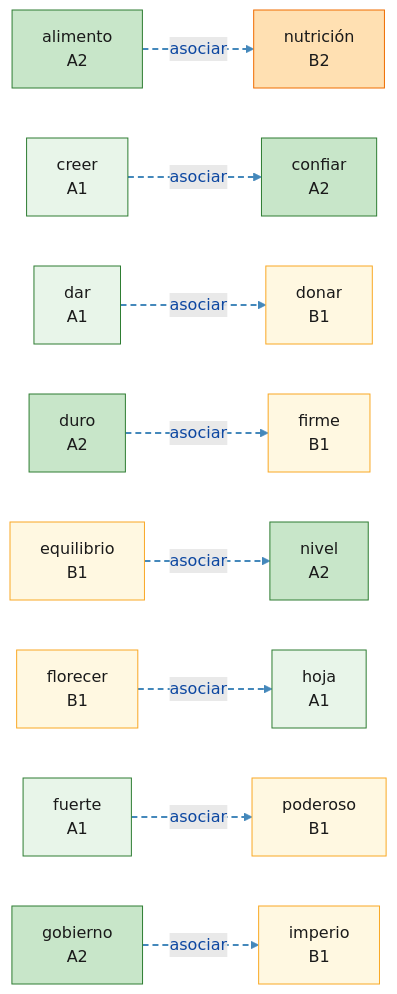
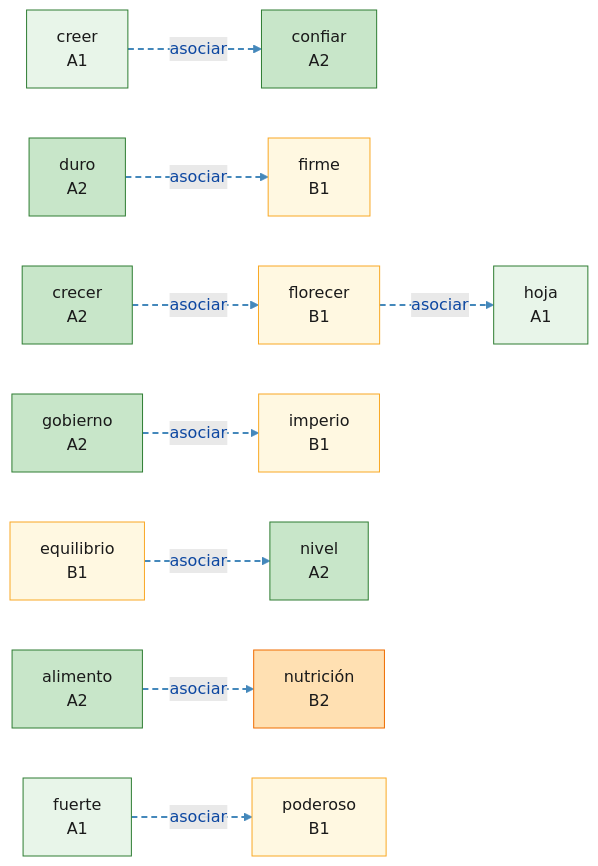
One commit to auding1900/es-raiz-vocab changed the diagram in mindmaps/asociar_a-l-3-4.md. Above: the diagram before and after it, drawn with Mermaid. The commit also changed other lines of this file and 27 other files, not shown here.

First line of the commit message:
feat(data): 新增 C2 词根导图：aequ,equ,par,sim,id,homo,heter

````diff
--- a/mindmaps/asociar_a-l-3-4.md
+++ b/mindmaps/asociar_a-l-3-4.md
@@ -8,59 +8,57 @@
 ```mermaid
 graph LR
   W_alimento["alimento<br/>A2"]:::lvlA2
   W_confiar["confiar<br/>A2"]:::lvlA2
+  W_crecer["crecer<br/>A2"]:::lvlA2
   W_creer["creer<br/>A1"]:::lvlA1
-  W_dar["dar<br/>A1"]:::lvlA1
-  W_donar["donar<br/>B1"]:::lvlB1
   W_duro["duro<br/>A2"]:::lvlA2
   W_equilibrio["equilibrio<br/>B1"]:::lvlB1
   W_firme["firme<br/>B1"]:::lvlB1
   W_florecer["florecer<br/>B1"]:::lvlB1
   W_fuerte["fuerte<br/>A1"]:::lvlA1
   W_gobierno["gobierno<br/>A2"]:::lvlA2
   W_hoja["hoja<br/>A1"]:::lvlA1
   W_imperio["imperio<br/>B1"]:::lvlB1
   W_nivel["nivel<br/>A2"]:::lvlA2
   W_nutricion["nutrición<br/>B2"]:::lvlB2
   W_poderoso["poderoso<br/>B1"]:::lvlB1
+  W_crecer -.->|asociar| W_florecer
   W_florecer -.->|asociar| W_hoja
   W_alimento -.->|asociar| W_nutricion
   W_fuerte -.->|asociar| W_poderoso
   W_duro -.->|asociar| W_firme
   W_creer -.->|asociar| W_confiar
   W_gobierno -.->|asociar| W_imperio
   W_equilibrio -.->|asociar| W_nivel
-  W_dar -.->|asociar| W_donar
   linkStyle 0 stroke:#4488bb,stroke-width:2px,stroke-dasharray:6 4
   linkStyle 1 stroke:#4488bb,stroke-width:2px,stroke-dasharray:6 4
   linkStyle 2 stroke:#4488bb,stroke-width:2px,stroke-dasharray:6 4
   linkStyle 3 stroke:#4488bb,stroke-width:2px,stroke-dasharray:6 4
   linkStyle 4 stroke:#4488bb,stroke-width:2px,stroke-dasharray:6 4
   linkStyle 5 stroke:#4488bb,stroke-width:2px,stroke-dasharray:6 4
   linkStyle 6 stroke:#4488bb,stroke-width:2px,stroke-dasharray:6 4
   linkStyle 7 stroke:#4488bb,stroke-width:2px,stroke-dasharray:6 4
   classDef root fill:#bbdefb,stroke:#1565c0,stroke-width:2px,color:#0d47a1
   classDef lvlA1 fill:#e8f5e9,stroke:#2e7d32,color:#1a1a1a
   classDef lvlA2 fill:#c8e6c9,stroke:#2e7d32,color:#1a1a1a
   classDef lvlB1 fill:#fff8e1,stroke:#f9a825,color:#1a1a1a
   classDef lvlB2 fill:#ffe0b2,stroke:#ef6c00,color:#1a1a1a
   classDef lvlC1 fill:#ffccbc,stroke:#d84315,color:#1a1a1a
   classDef lvlC2 fill:#ffcdd2,stroke:#b71c1c,color:#1a1a1a
   classDef lvlNA fill:#f5f5f5,stroke:#9e9e9e,color:#424242
   click W_alimento "https://www.doubao.com/chat?q=%E8%A5%BF%E7%8F%AD%E7%89%99%E8%AF%ADalimento%EF%BC%8C%E8%AF%8D%E6%A0%B9al%EF%BC%8C%E8%A7%A3%E9%87%8A%E8%AF%8D%E4%B9%89%E3%80%81DELE%E7%AD%89%E7%BA%A7%E3%80%81%E8%AF%AD%E4%BD%93%E3%80%81%E5%B8%B8%E7%94%A8%E6%90%AD%E9%85%8D%E3%80%81%E8%BF%91%E4%B9%89%E8%AF%8D%E8%BE%A8%E6%9E%90%EF%BC%8C%E5%B9%B6%E4%B8%94%E7%BB%992%E6%9D%A1%E6%9D%A5%E8%87%AA%E5%85%AC%E7%89%88%E8%A5%BF%E8%AF%AD%E6%96%87%E6%9C%AC%EF%BC%88Wikisource%2F%E5%8F%A4%E7%99%BB%E5%A0%A1%EF%BC%89%E7%9A%84%E8%87%AA%E7%84%B6%E4%BE%8B%E5%8F%A5%EF%BC%8C%E4%BE%8B%E5%8F%A5%E4%BC%98%E5%85%88%E9%80%89%E7%94%A8%E7%8E%B0%E4%BB%A3%E6%A0%87%E5%87%86%E8%A5%BF%E7%8F%AD%E7%89%99%E8%AF%AD%EF%BC%8C%E5%8F%A4%E4%BD%93%E4%BE%8B%E5%8F%A5%E6%A0%87%E6%B3%A8%E3%80%90arca%C3%ADsmo%E3%80%91" "豆包查询：alimento" _blank
   click W_confiar "https://www.doubao.com/chat?q=%E8%A5%BF%E7%8F%AD%E7%89%99%E8%AF%ADconfiar%EF%BC%8C%E8%AF%8D%E6%A0%B9fid%EF%BC%8C%E8%A7%A3%E9%87%8A%E8%AF%8D%E4%B9%89%E3%80%81DELE%E7%AD%89%E7%BA%A7%E3%80%81%E8%AF%AD%E4%BD%93%E3%80%81%E5%B8%B8%E7%94%A8%E6%90%AD%E9%85%8D%E3%80%81%E8%BF%91%E4%B9%89%E8%AF%8D%E8%BE%A8%E6%9E%90%EF%BC%8C%E5%B9%B6%E4%B8%94%E7%BB%992%E6%9D%A1%E6%9D%A5%E8%87%AA%E5%85%AC%E7%89%88%E8%A5%BF%E8%AF%AD%E6%96%87%E6%9C%AC%EF%BC%88Wikisource%2F%E5%8F%A4%E7%99%BB%E5%A0%A1%EF%BC%89%E7%9A%84%E8%87%AA%E7%84%B6%E4%BE%8B%E5%8F%A5%EF%BC%8C%E4%BE%8B%E5%8F%A5%E4%BC%98%E5%85%88%E9%80%89%E7%94%A8%E7%8E%B0%E4%BB%A3%E6%A0%87%E5%87%86%E8%A5%BF%E7%8F%AD%E7%89%99%E8%AF%AD%EF%BC%8C%E5%8F%A4%E4%BD%93%E4%BE%8B%E5%8F%A5%E6%A0%87%E6%B3%A8%E3%80%90arca%C3%ADsmo%E3%80%91" "豆包查询：confiar" _blank
+  click W_crecer "https://www.doubao.com/chat?q=%E8%A5%BF%E7%8F%AD%E7%89%99%E8%AF%ADcrecer%EF%BC%8C%E8%AF%8D%E6%A0%B9cresc%EF%BC%8C%E8%A7%A3%E9%87%8A%E8%AF%8D%E4%B9%89%E3%80%81DELE%E7%AD%89%E7%BA%A7%E3%80%81%E8%AF%AD%E4%BD%93%E3%80%81%E5%B8%B8%E7%94%A8%E6%90%AD%E9%85%8D%E3%80%81%E8%BF%91%E4%B9%89%E8%AF%8D%E8%BE%A8%E6%9E%90%EF%BC%8C%E5%B9%B6%E4%B8%94%E7%BB%992%E6%9D%A1%E6%9D%A5%E8%87%AA%E5%85%AC%E7%89%88%E8%A5%BF%E8%AF%AD%E6%96%87%E6%9C%AC%EF%BC%88Wikisource%2F%E5%8F%A4%E7%99%BB%E5%A0%A1%EF%BC%89%E7%9A%84%E8%87%AA%E7%84%B6%E4%BE%8B%E5%8F%A5%EF%BC%8C%E4%BE%8B%E5%8F%A5%E4%BC%98%E5%85%88%E9%80%89%E7%94%A8%E7%8E%B0%E4%BB%A3%E6%A0%87%E5%87%86%E8%A5%BF%E7%8F%AD%E7%89%99%E8%AF%AD%EF%BC%8C%E5%8F%A4%E4%BD%93%E4%BE%8B%E5%8F%A5%E6%A0%87%E6%B3%A8%E3%80%90arca%C3%ADsmo%E3%80%91" "豆包查询：crecer" _blank
   click W_creer "https://www.doubao.com/chat?q=%E8%A5%BF%E7%8F%AD%E7%89%99%E8%AF%ADcreer%EF%BC%8C%E8%AF%8D%E6%A0%B9cred%EF%BC%8C%E8%A7%A3%E9%87%8A%E8%AF%8D%E4%B9%89%E3%80%81DELE%E7%AD%89%E7%BA%A7%E3%80%81%E8%AF%AD%E4%BD%93%E3%80%81%E5%B8%B8%E7%94%A8%E6%90%AD%E9%85%8D%E3%80%81%E8%BF%91%E4%B9%89%E8%AF%8D%E8%BE%A8%E6%9E%90%EF%BC%8C%E5%B9%B6%E4%B8%94%E7%BB%992%E6%9D%A1%E6%9D%A5%E8%87%AA%E5%85%AC%E7%89%88%E8%A5%BF%E8%AF%AD%E6%96%87%E6%9C%AC%EF%BC%88Wikisource%2F%E5%8F%A4%E7%99%BB%E5%A0%A1%EF%BC%89%E7%9A%84%E8%87%AA%E7%84%B6%E4%BE%8B%E5%8F%A5%EF%BC%8C%E4%BE%8B%E5%8F%A5%E4%BC%98%E5%85%88%E9%80%89%E7%94%A8%E7%8E%B0%E4%BB%A3%E6%A0%87%E5%87%86%E8%A5%BF%E7%8F%AD%E7%89%99%E8%AF%AD%EF%BC%8C%E5%8F%A4%E4%BD%93%E4%BE%8B%E5%8F%A5%E6%A0%87%E6%B3%A8%E3%80%90arca%C3%ADsmo%E3%80%91" "豆包查询：creer" _blank
-  click W_dar "https://www.doubao.com/chat?q=%E8%A5%BF%E7%8F%AD%E7%89%99%E8%AF%ADdar%EF%BC%8C%E8%AF%8D%E6%A0%B9dare%EF%BC%8C%E8%A7%A3%E9%87%8A%E8%AF%8D%E4%B9%89%E3%80%81DELE%E7%AD%89%E7%BA%A7%E3%80%81%E8%AF%AD%E4%BD%93%E3%80%81%E5%B8%B8%E7%94%A8%E6%90%AD%E9%85%8D%E3%80%81%E8%BF%91%E4%B9%89%E8%AF%8D%E8%BE%A8%E6%9E%90%EF%BC%8C%E5%B9%B6%E4%B8%94%E7%BB%992%E6%9D%A1%E6%9D%A5%E8%87%AA%E5%85%AC%E7%89%88%E8%A5%BF%E8%AF%AD%E6%96%87%E6%9C%AC%EF%BC%88Wikisource%2F%E5%8F%A4%E7%99%BB%E5%A0%A1%EF%BC%89%E7%9A%84%E8%87%AA%E7%84%B6%E4%BE%8B%E5%8F%A5%EF%BC%8C%E4%BE%8B%E5%8F%A5%E4%BC%98%E5%85%88%E9%80%89%E7%94%A8%E7%8E%B0%E4%BB%A3%E6%A0%87%E5%87%86%E8%A5%BF%E7%8F%AD%E7%89%99%E8%AF%AD%EF%BC%8C%E5%8F%A4%E4%BD%93%E4%BE%8B%E5%8F%A5%E6%A0%87%E6%B3%A8%E3%80%90arca%C3%ADsmo%E3%80%91" "豆包查询：dar" _blank
-  click W_donar "https://www.doubao.com/chat?q=%E8%A5%BF%E7%8F%AD%E7%89%99%E8%AF%ADdonar%EF%BC%8C%E8%AF%8D%E6%A0%B9don%EF%BC%8C%E8%A7%A3%E9%87%8A%E8%AF%8D%E4%B9%89%E3%80%81DELE%E7%AD%89%E7%BA%A7%E3%80%81%E8%AF%AD%E4%BD%93%E3%80%81%E5%B8%B8%E7%94%A8%E6%90%AD%E9%85%8D%E3%80%81%E8%BF%91%E4%B9%89%E8%AF%8D%E8%BE%A8%E6%9E%90%EF%BC%8C%E5%B9%B6%E4%B8%94%E7%BB%992%E6%9D%A1%E6%9D%A5%E8%87%AA%E5%85%AC%E7%89%88%E8%A5%BF%E8%AF%AD%E6%96%87%E6%9C%AC%EF%BC%88Wikisource%2F%E5%8F%A4%E7%99%BB%E5%A0%A1%EF%BC%89%E7%9A%84%E8%87%AA%E7%84%B6%E4%BE%8B%E5%8F%A5%EF%BC%8C%E4%BE%8B%E5%8F%A5%E4%BC%98%E5%85%88%E9%80%89%E7%94%A8%E7%8E%B0%E4%BB%A3%E6%A0%87%E5%87%86%E8%A5%BF%E7%8F%AD%E7%89%99%E8%AF%AD%EF%BC%8C%E5%8F%A4%E4%BD%93%E4%BE%8B%E5%8F%A5%E6%A0%87%E6%B3%A8%E3%80%90arca%C3%ADsmo%E3%80%91" "豆包查询：donar" _blank
   click W_duro "https://www.doubao.com/chat?q=%E8%A5%BF%E7%8F%AD%E7%89%99%E8%AF%ADduro%EF%BC%8C%E8%AF%8D%E6%A0%B9dur%EF%BC%8C%E8%A7%A3%E9%87%8A%E8%AF%8D%E4%B9%89%E3%80%81DELE%E7%AD%89%E7%BA%A7%E3%80%81%E8%AF%AD%E4%BD%93%E3%80%81%E5%B8%B8%E7%94%A8%E6%90%AD%E9%85%8D%E3%80%81%E8%BF%91%E4%B9%89%E8%AF%8D%E8%BE%A8%E6%9E%90%EF%BC%8C%E5%B9%B6%E4%B8%94%E7%BB%992%E6%9D%A1%E6%9D%A5%E8%87%AA%E5%85%AC%E7%89%88%E8%A5%BF%E8%AF%AD%E6%96%87%E6%9C%AC%EF%BC%88Wikisource%2F%E5%8F%A4%E7%99%BB%E5%A0%A1%EF%BC%89%E7%9A%84%E8%87%AA%E7%84%B6%E4%BE%8B%E5%8F%A5%EF%BC%8C%E4%BE%8B%E5%8F%A5%E4%BC%98%E5%85%88%E9%80%89%E7%94%A8%E7%8E%B0%E4%BB%A3%E6%A0%87%E5%87%86%E8%A5%BF%E7%8F%AD%E7%89%99%E8%AF%AD%EF%BC%8C%E5%8F%A4%E4%BD%93%E4%BE%8B%E5%8F%A5%E6%A0%87%E6%B3%A8%E3%80%90arca%C3%ADsmo%E3%80%91" "豆包查询：duro" _blank
   click W_equilibrio "https://www.doubao.com/chat?q=%E8%A5%BF%E7%8F%AD%E7%89%99%E8%AF%ADequilibrio%EF%BC%8C%E8%AF%8D%E6%A0%B9lib%EF%BC%8C%E8%A7%A3%E9%87%8A%E8%AF%8D%E4%B9%89%E3%80%81DELE%E7%AD%89%E7%BA%A7%E3%80%81%E8%AF%AD%E4%BD%93%E3%80%81%E5%B8%B8%E7%94%A8%E6%90%AD%E9%85%8D%E3%80%81%E8%BF%91%E4%B9%89%E8%AF%8D%E8%BE%A8%E6%9E%90%EF%BC%8C%E5%B9%B6%E4%B8%94%E7%BB%992%E6%9D%A1%E6%9D%A5%E8%87%AA%E5%85%AC%E7%89%88%E8%A5%BF%E8%AF%AD%E6%96%87%E6%9C%AC%EF%BC%88Wikisource%2F%E5%8F%A4%E7%99%BB%E5%A0%A1%EF%BC%89%E7%9A%84%E8%87%AA%E7%84%B6%E4%BE%8B%E5%8F%A5%EF%BC%8C%E4%BE%8B%E5%8F%A5%E4%BC%98%E5%85%88%E9%80%89%E7%94%A8%E7%8E%B0%E4%BB%A3%E6%A0%87%E5%87%86%E8%A5%BF%E7%8F%AD%E7%89%99%E8%AF%AD%EF%BC%8C%E5%8F%A4%E4%BD%93%E4%BE%8B%E5%8F%A5%E6%A0%87%E6%B3%A8%E3%80%90arca%C3%ADsmo%E3%80%91" "豆包查询：equilibrio" _blank
   click W_firme "https://www.doubao.com/chat?q=%E8%A5%BF%E7%8F%AD%E7%89%99%E8%AF%ADfirme%EF%BC%8C%E8%AF%8D%E6%A0%B9firm%EF%BC%8C%E8%A7%A3%E9%87%8A%E8%AF%8D%E4%B9%89%E3%80%81DELE%E7%AD%89%E7%BA%A7%E3%80%81%E8%AF%AD%E4%BD%93%E3%80%81%E5%B8%B8%E7%94%A8%E6%90%AD%E9%85%8D%E3%80%81%E8%BF%91%E4%B9%89%E8%AF%8D%E8%BE%A8%E6%9E%90%EF%BC%8C%E5%B9%B6%E4%B8%94%E7%BB%992%E6%9D%A1%E6%9D%A5%E8%87%AA%E5%85%AC%E7%89%88%E8%A5%BF%E8%AF%AD%E6%96%87%E6%9C%AC%EF%BC%88Wikisource%2F%E5%8F%A4%E7%99%BB%E5%A0%A1%EF%BC%89%E7%9A%84%E8%87%AA%E7%84%B6%E4%BE%8B%E5%8F%A5%EF%BC%8C%E4%BE%8B%E5%8F%A5%E4%BC%98%E5%85%88%E9%80%89%E7%94%A8%E7%8E%B0%E4%BB%A3%E6%A0%87%E5%87%86%E8%A5%BF%E7%8F%AD%E7%89%99%E8%AF%AD%EF%BC%8C%E5%8F%A4%E4%BD%93%E4%BE%8B%E5%8F%A5%E6%A0%87%E6%B3%A8%E3%80%90arca%C3%ADsmo%E3%80%91" "豆包查询：firme" _blank
   click W_florecer "https://www.doubao.com/chat?q=%E8%A5%BF%E7%8F%AD%E7%89%99%E8%AF%ADflorecer%EF%BC%8C%E8%AF%8D%E6%A0%B9flor%EF%BC%8C%E8%A7%A3%E9%87%8A%E8%AF%8D%E4%B9%89%E3%80%81DELE%E7%AD%89%E7%BA%A7%E3%80%81%E8%AF%AD%E4%BD%93%E3%80%81%E5%B8%B8%E7%94%A8%E6%90%AD%E9%85%8D%E3%80%81%E8%BF%91%E4%B9%89%E8%AF%8D%E8%BE%A8%E6%9E%90%EF%BC%8C%E5%B9%B6%E4%B8%94%E7%BB%992%E6%9D%A1%E6%9D%A5%E8%87%AA%E5%85%AC%E7%89%88%E8%A5%BF%E8%AF%AD%E6%96%87%E6%9C%AC%EF%BC%88Wikisource%2F%E5%8F%A4%E7%99%BB%E5%A0%A1%EF%BC%89%E7%9A%84%E8%87%AA%E7%84%B6%E4%BE%8B%E5%8F%A5%EF%BC%8C%E4%BE%8B%E5%8F%A5%E4%BC%98%E5%85%88%E9%80%89%E7%94%A8%E7%8E%B0%E4%BB%A3%E6%A0%87%E5%87%86%E8%A5%BF%E7%8F%AD%E7%89%99%E8%AF%AD%EF%BC%8C%E5%8F%A4%E4%BD%93%E4%BE%8B%E5%8F%A5%E6%A0%87%E6%B3%A8%E3%80%90arca%C3%ADsmo%E3%80%91" "豆包查询：florecer" _blank
   click W_fuerte "https://www.doubao.com/chat?q=%E8%A5%BF%E7%8F%AD%E7%89%99%E8%AF%ADfuerte%EF%BC%8C%E8%AF%8D%E6%A0%B9fort%EF%BC%8C%E8%A7%A3%E9%87%8A%E8%AF%8D%E4%B9%89%E3%80%81DELE%E7%AD%89%E7%BA%A7%E3%80%81%E8%AF%AD%E4%BD%93%E3%80%81%E5%B8%B8%E7%94%A8%E6%90%AD%E9%85%8D%E3%80%81%E8%BF%91%E4%B9%89%E8%AF%8D%E8%BE%A8%E6%9E%90%EF%BC%8C%E5%B9%B6%E4%B8%94%E7%BB%992%E6%9D%A1%E6%9D%A5%E8%87%AA%E5%85%AC%E7%89%88%E8%A5%BF%E8%AF%AD%E6%96%87%E6%9C%AC%EF%BC%88Wikisource%2F%E5%8F%A4%E7%99%BB%E5%A0%A1%EF%BC%89%E7%9A%84%E8%87%AA%E7%84%B6%E4%BE%8B%E5%8F%A5%EF%BC%8C%E4%BE%8B%E5%8F%A5%E4%BC%98%E5%85%88%E9%80%89%E7%94%A8%E7%8E%B0%E4%BB%A3%E6%A0%87%E5%87%86%E8%A5%BF%E7%8F%AD%E7%89%99%E8%AF%AD%EF%BC%8C%E5%8F%A4%E4%BD%93%E4%BE%8B%E5%8F%A5%E6%A0%87%E6%B3%A8%E3%80%90arca%C3%ADsmo%E3%80%91" "豆包查询：fuerte" _blank
   click W_gobierno "https://www.doubao.com/chat?q=%E8%A5%BF%E7%8F%AD%E7%89%99%E8%AF%ADgobierno%EF%BC%8C%E8%AF%8D%E6%A0%B9gubern%EF%BC%8C%E8%A7%A3%E9%87%8A%E8%AF%8D%E4%B9%89%E3%80%81DELE%E7%AD%89%E7%BA%A7%E3%80%81%E8%AF%AD%E4%BD%93%E3%80%81%E5%B8%B8%E7%94%A8%E6%90%AD%E9%85%8D%E3%80%81%E8%BF%91%E4%B9%89%E8%AF%8D%E8%BE%A8%E6%9E%90%EF%BC%8C%E5%B9%B6%E4%B8%94%E7%BB%992%E6%9D%A1%E6%9D%A5%E8%87%AA%E5%85%AC%E7%89%88%E8%A5%BF%E8%AF%AD%E6%96%87%E6%9C%AC%EF%BC%88Wikisource%2F%E5%8F%A4%E7%99%BB%E5%A0%A1%EF%BC%89%E7%9A%84%E8%87%AA%E7%84%B6%E4%BE%8B%E5%8F%A5%EF%BC%8C%E4%BE%8B%E5%8F%A5%E4%BC%98%E5%85%88%E9%80%89%E7%94%A8%E7%8E%B0%E4%BB%A3%E6%A0%87%E5%87%86%E8%A5%BF%E7%8F%AD%E7%89%99%E8%AF%AD%EF%BC%8C%E5%8F%A4%E4%BD%93%E4%BE%8B%E5%8F%A5%E6%A0%87%E6%B3%A8%E3%80%90arca%C3%ADsmo%E3%80%91" "豆包查询：gobierno" _blank
   click W_hoja "https://www.doubao.com/chat?q=%E8%A5%BF%E7%8F%AD%E7%89%99%E8%AF%ADhoja%EF%BC%8C%E8%AF%8D%E6%A0%B9fol%EF%BC%8C%E8%A7%A3%E9%87%8A%E8%AF%8D%E4%B9%89%E3%80%81DELE%E7%AD%89%E7%BA%A7%E3%80%81%E8%AF%AD%E4%BD%93%E3%80%81%E5%B8%B8%E7%94%A8%E6%90%AD%E9%85%8D%E3%80%81%E8%BF%91%E4%B9%89%E8%AF%8D%E8%BE%A8%E6%9E%90%EF%BC%8C%E5%B9%B6%E4%B8%94%E7%BB%992%E6%9D%A1%E6%9D%A5%E8%87%AA%E5%85%AC%E7%89%88%E8%A5%BF%E8%AF%AD%E6%96%87%E6%9C%AC%EF%BC%88Wikisource%2F%E5%8F%A4%E7%99%BB%E5%A0%A1%EF%BC%89%E7%9A%84%E8%87%AA%E7%84%B6%E4%BE%8B%E5%8F%A5%EF%BC%8C%E4%BE%8B%E5%8F%A5%E4%BC%98%E5%85%88%E9%80%89%E7%94%A8%E7%8E%B0%E4%BB%A3%E6%A0%87%E5%87%86%E8%A5%BF%E7%8F%AD%E7%89%99%E8%AF%AD%EF%BC%8C%E5%8F%A4%E4%BD%93%E4%BE%8B%E5%8F%A5%E6%A0%87%E6%B3%A8%E3%80%90arca%C3%ADsmo%E3%80%91" "豆包查询：hoja" _blank
   click W_imperio "https://www.doubao.com/chat?q=%E8%A5%BF%E7%8F%AD%E7%89%99%E8%AF%ADimperio%EF%BC%8C%E8%AF%8D%E6%A0%B9imper%EF%BC%8C%E8%A7%A3%E9%87%8A%E8%AF%8D%E4%B9%89%E3%80%81DELE%E7%AD%89%E7%BA%A7%E3%80%81%E8%AF%AD%E4%BD%93%E3%80%81%E5%B8%B8%E7%94%A8%E6%90%AD%E9%85%8D%E3%80%81%E8%BF%91%E4%B9%89%E8%AF%8D%E8%BE%A8%E6%9E%90%EF%BC%8C%E5%B9%B6%E4%B8%94%E7%BB%992%E6%9D%A1%E6%9D%A5%E8%87%AA%E5%85%AC%E7%89%88%E8%A5%BF%E8%AF%AD%E6%96%87%E6%9C%AC%EF%BC%88Wikisource%2F%E5%8F%A4%E7%99%BB%E5%A0%A1%EF%BC%89%E7%9A%84%E8%87%AA%E7%84%B6%E4%BE%8B%E5%8F%A5%EF%BC%8C%E4%BE%8B%E5%8F%A5%E4%BC%98%E5%85%88%E9%80%89%E7%94%A8%E7%8E%B0%E4%BB%A3%E6%A0%87%E5%87%86%E8%A5%BF%E7%8F%AD%E7%89%99%E8%AF%AD%EF%BC%8C%E5%8F%A4%E4%BD%93%E4%BE%8B%E5%8F%A5%E6%A0%87%E6%B3%A8%E3%80%90arca%C3%ADsmo%E3%80%91" "豆包查询：imperio" _blank
   click W_nivel "https://www.doubao.com/chat?q=%E8%A5%BF%E7%8F%AD%E7%89%99%E8%AF%ADnivel%EF%BC%8C%E8%AF%8D%E6%A0%B9lib%EF%BC%8C%E8%A7%A3%E9%87%8A%E8%AF%8D%E4%B9%89%E3%80%81DELE%E7%AD%89%E7%BA%A7%E3%80%81%E8%AF%AD%E4%BD%93%E3%80%81%E5%B8%B8%E7%94%A8%E6%90%AD%E9%85%8D%E3%80%81%E8%BF%91%E4%B9%89%E8%AF%8D%E8%BE%A8%E6%9E%90%EF%BC%8C%E5%B9%B6%E4%B8%94%E7%BB%992%E6%9D%A1%E6%9D%A5%E8%87%AA%E5%85%AC%E7%89%88%E8%A5%BF%E8%AF%AD%E6%96%87%E6%9C%AC%EF%BC%88Wikisource%2F%E5%8F%A4%E7%99%BB%E5%A0%A1%EF%BC%89%E7%9A%84%E8%87%AA%E7%84%B6%E4%BE%8B%E5%8F%A5%EF%BC%8C%E4%BE%8B%E5%8F%A5%E4%BC%98%E5%85%88%E9%80%89%E7%94%A8%E7%8E%B0%E4%BB%A3%E6%A0%87%E5%87%86%E8%A5%BF%E7%8F%AD%E7%89%99%E8%AF%AD%EF%BC%8C%E5%8F%A4%E4%BD%93%E4%BE%8B%E5%8F%A5%E6%A0%87%E6%B3%A8%E3%80%90arca%C3%ADsmo%E3%80%91" "豆包查询：nivel" _blank
   click W_nutricion "https://www.doubao.com/chat?q=%E8%A5%BF%E7%8F%AD%E7%89%99%E8%AF%ADnutrici%C3%B3n%EF%BC%8C%E8%AF%8D%E6%A0%B9nutr%EF%BC%8C%E8%A7%A3%E9%87%8A%E8%AF%8D%E4%B9%89%E3%80%81DELE%E7%AD%89%E7%BA%A7%E3%80%81%E8%AF%AD%E4%BD%93%E3%80%81%E5%B8%B8%E7%94%A8%E6%90%AD%E9%85%8D%E3%80%81%E8%BF%91%E4%B9%89%E8%AF%8D%E8%BE%A8%E6%9E%90%EF%BC%8C%E5%B9%B6%E4%B8%94%E7%BB%992%E6%9D%A1%E6%9D%A5%E8%87%AA%E5%85%AC%E7%89%88%E8%A5%BF%E8%AF%AD%E6%96%87%E6%9C%AC%EF%BC%88Wikisource%2F%E5%8F%A4%E7%99%BB%E5%A0%A1%EF%BC%89%E7%9A%84%E8%87%AA%E7%84%B6%E4%BE%8B%E5%8F%A5%EF%BC%8C%E4%BE%8B%E5%8F%A5%E4%BC%98%E5%85%88%E9%80%89%E7%94%A8%E7%8E%B0%E4%BB%A3%E6%A0%87%E5%87%86%E8%A5%BF%E7%8F%AD%E7%89%99%E8%AF%AD%EF%BC%8C%E5%8F%A4%E4%BD%93%E4%BE%8B%E5%8F%A5%E6%A0%87%E6%B3%A8%E3%80%90arca%C3%ADsmo%E3%80%91" "豆包查询：nutrición" _blank
   click W_poderoso "https://www.doubao.com/chat?q=%E8%A5%BF%E7%8F%AD%E7%89%99%E8%AF%ADpoderoso%EF%BC%8C%E8%AF%8D%E6%A0%B9pot%EF%BC%8C%E8%A7%A3%E9%87%8A%E8%AF%8D%E4%B9%89%E3%80%81DELE%E7%AD%89%E7%BA%A7%E3%80%81%E8%AF%AD%E4%BD%93%E3%80%81%E5%B8%B8%E7%94%A8%E6%90%AD%E9%85%8D%E3%80%81%E8%BF%91%E4%B9%89%E8%AF%8D%E8%BE%A8%E6%9E%90%EF%BC%8C%E5%B9%B6%E4%B8%94%E7%BB%992%E6%9D%A1%E6%9D%A5%E8%87%AA%E5%85%AC%E7%89%88%E8%A5%BF%E8%AF%AD%E6%96%87%E6%9C%AC%EF%BC%88Wikisource%2F%E5%8F%A4%E7%99%BB%E5%A0%A1%EF%BC%89%E7%9A%84%E8%87%AA%E7%84%B6%E4%BE%8B%E5%8F%A5%EF%BC%8C%E4%BE%8B%E5%8F%A5%E4%BC%98%E5%85%88%E9%80%89%E7%94%A8%E7%8E%B0%E4%BB%A3%E6%A0%87%E5%87%86%E8%A5%BF%E7%8F%AD%E7%89%99%E8%AF%AD%EF%BC%8C%E5%8F%A4%E4%BD%93%E4%BE%8B%E5%8F%A5%E6%A0%87%E6%B3%A8%E3%80%90arca%C3%ADsmo%E3%80%91" "豆包查询：poderoso" _blank
 ```
````
